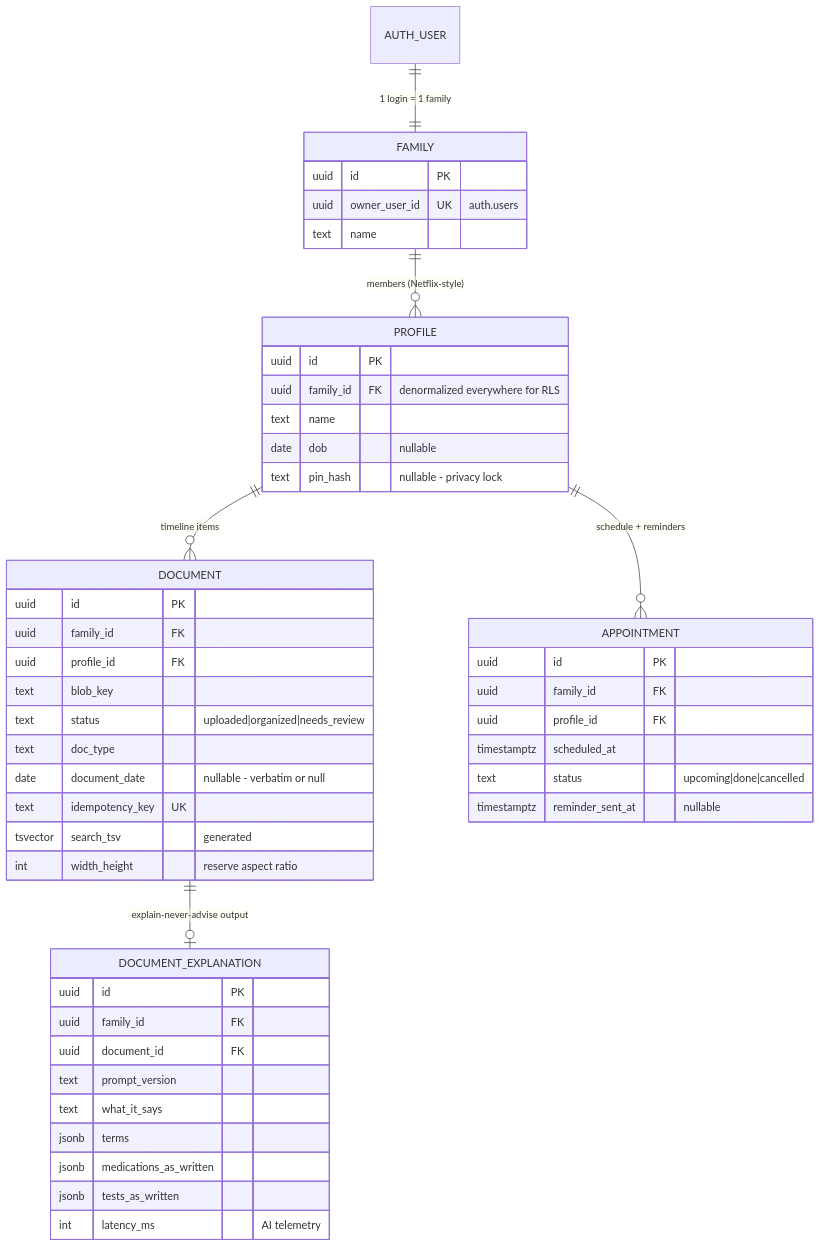
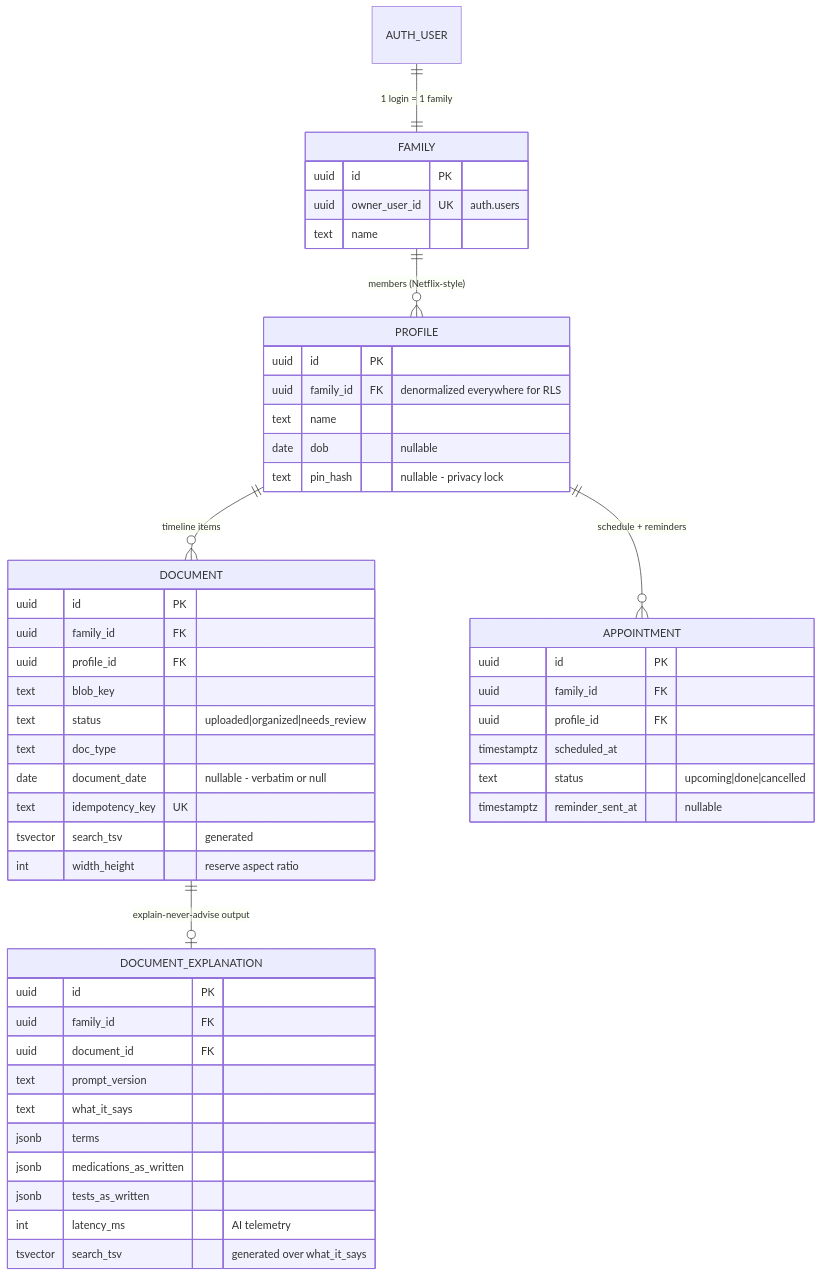
The first of 4 diagrams in docs/SYSTEM_DESIGN.md (shreyaspangal/care-align), drawn with Mermaid before and after one commit. The commit also changed other lines of this file and 6 other files, not shown here.

````diff
--- a/docs/SYSTEM_DESIGN.md
+++ b/docs/SYSTEM_DESIGN.md
@@ -166,52 +167,53 @@
 ```mermaid
 erDiagram
     AUTH_USER ||--|| FAMILY : "1 login = 1 family"
     FAMILY ||--o{ PROFILE : "members (Netflix-style)"
     PROFILE ||--o{ DOCUMENT : "timeline items"
     DOCUMENT ||--o| DOCUMENT_EXPLANATION : "explain-never-advise output"
     PROFILE ||--o{ APPOINTMENT : "schedule + reminders"
 
     FAMILY {
         uuid id PK
         uuid owner_user_id UK "auth.users"
         text name
     }
     PROFILE {
         uuid id PK
         uuid family_id FK "denormalized everywhere for RLS"
         text name
         date dob "nullable"
         text pin_hash "nullable - privacy lock"
     }
     DOCUMENT {
         uuid id PK
         uuid family_id FK
         uuid profile_id FK
         text blob_key
         text status "uploaded|organized|needs_review"
         text doc_type
         date document_date "nullable - verbatim or null"
         text idempotency_key UK
         tsvector search_tsv "generated"
         int width_height "reserve aspect ratio"
     }
     DOCUMENT_EXPLANATION {
         uuid id PK
         uuid family_id FK
         uuid document_id FK
         text prompt_version
         text what_it_says
         jsonb terms
         jsonb medications_as_written
         jsonb tests_as_written
         int latency_ms "AI telemetry"
+        tsvector search_tsv "generated over what_it_says"
     }
     APPOINTMENT {
         uuid id PK
         uuid family_id FK
         uuid profile_id FK
         timestamptz scheduled_at
         text status "upcoming|done|cancelled"
         timestamptz reminder_sent_at "nullable"
     }
 ```
````
